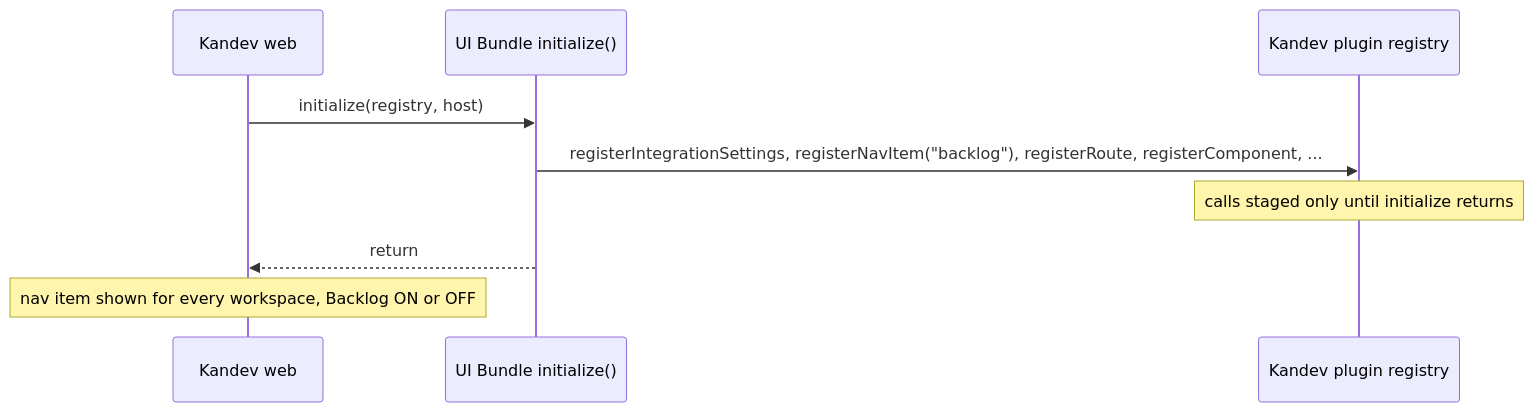
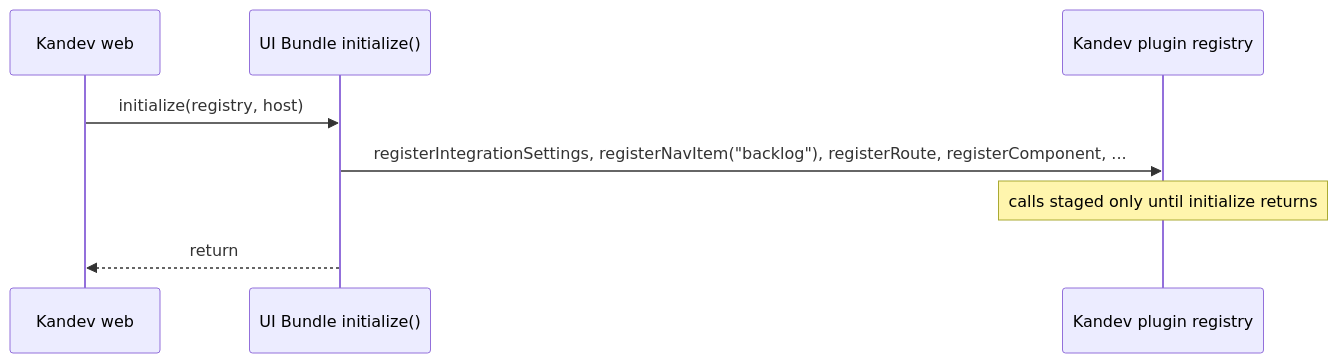
The eighth of 10 diagrams in aidlc/spaces/default/codekb/kandev-plugin-nulab-backlog/architecture.md (khuongdo/kandev-plugin-nulab-backlog), drawn with Mermaid before and after one commit. The commit also changed other lines of this file and 53 other files, not shown here.

````diff
--- a/aidlc/spaces/default/codekb/kandev-plugin-nulab-backlog/architecture.md
+++ b/aidlc/spaces/default/codekb/kandev-plugin-nulab-backlog/architecture.md
@@ -161,11 +243,10 @@
 ```mermaid
 sequenceDiagram
   participant KW as Kandev web
   participant IX as UI Bundle initialize()
   participant R as Kandev plugin registry
   KW->>IX: initialize(registry, host)
   IX->>R: registerIntegrationSettings, registerNavItem("backlog"), registerRoute, registerComponent, ...
   Note over R: calls staged only until initialize returns
   IX-->>KW: return
-  Note over KW: nav item shown for every workspace, Backlog ON or OFF
 ```
````
